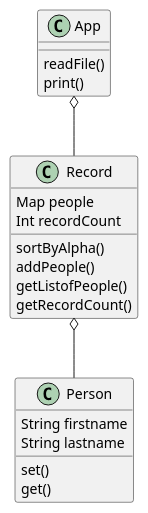
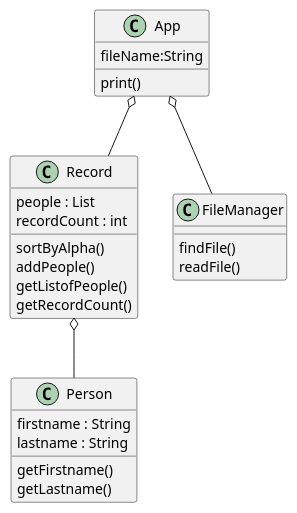
The diagram in src/main/java/ex41/NameSorter.puml (kingraham228/Ingraham-cop3330-assignment3), drawn with PlantUML before and after one commit. The commit also changed 6 other files, not shown here.

```diff
--- a/src/main/java/ex41/NameSorter.puml
+++ b/src/main/java/ex41/NameSorter.puml
@@ -1,25 +1,31 @@
 @startuml
 class Person{
-String firstname
-String lastname
-set()
-get()
+firstname : String
+lastname : String
+getFirstname()
+getLastname()
 }
 
 class Record{
-Map people
-Int recordCount
+people : List
+recordCount : int
 sortByAlpha()
 addPeople()
 getListofPeople()
 getRecordCount()
 }
 
 class App{
+fileName:String
+print()
+}
+
+class FileManager{
+findFile()
 readFile()
-print()
 }
 
 App o-- Record
 Record o-- Person
+App o-- FileManager
 @enduml
```
